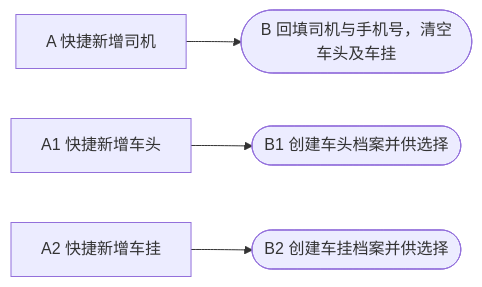
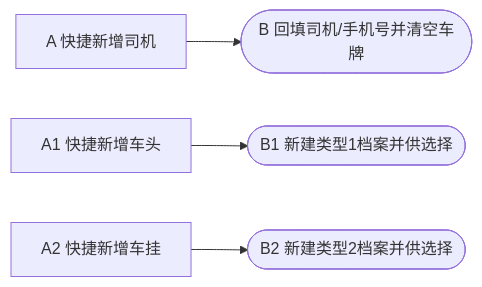
One commit to mapanpan0802-ui/codexAi changed the sixth of 6 diagrams in skill-previews/code-module-feature-map/yard-tank-clean/developer-guide.md. Above: the diagram before and after it, drawn with Mermaid. The commit also changed other lines of this file and 5 other files, not shown here.

````diff
--- a/skill-previews/code-module-feature-map/yard-tank-clean/developer-guide.md
+++ b/skill-previews/code-module-feature-map/yard-tank-clean/developer-guide.md
@@ -159,6 +158,6 @@
 ```mermaid
 flowchart LR
-    A["A 快捷新增司机"] --> B(["B 回填司机与手机号，清空车头及车挂"])
-    A1["A1 快捷新增车头"] --> B1(["B1 创建车头档案并供选择"])
-    A2["A2 快捷新增车挂"] --> B2(["B2 创建车挂档案并供选择"])
+    A["A 快捷新增司机"] --> B(["B 回填司机/手机号并清空车牌"])
+    A1["A1 快捷新增车头"] --> B1(["B1 新建类型1档案并供选择"])
+    A2["A2 快捷新增车挂"] --> B2(["B2 新建类型2档案并供选择"])
 ```
````
